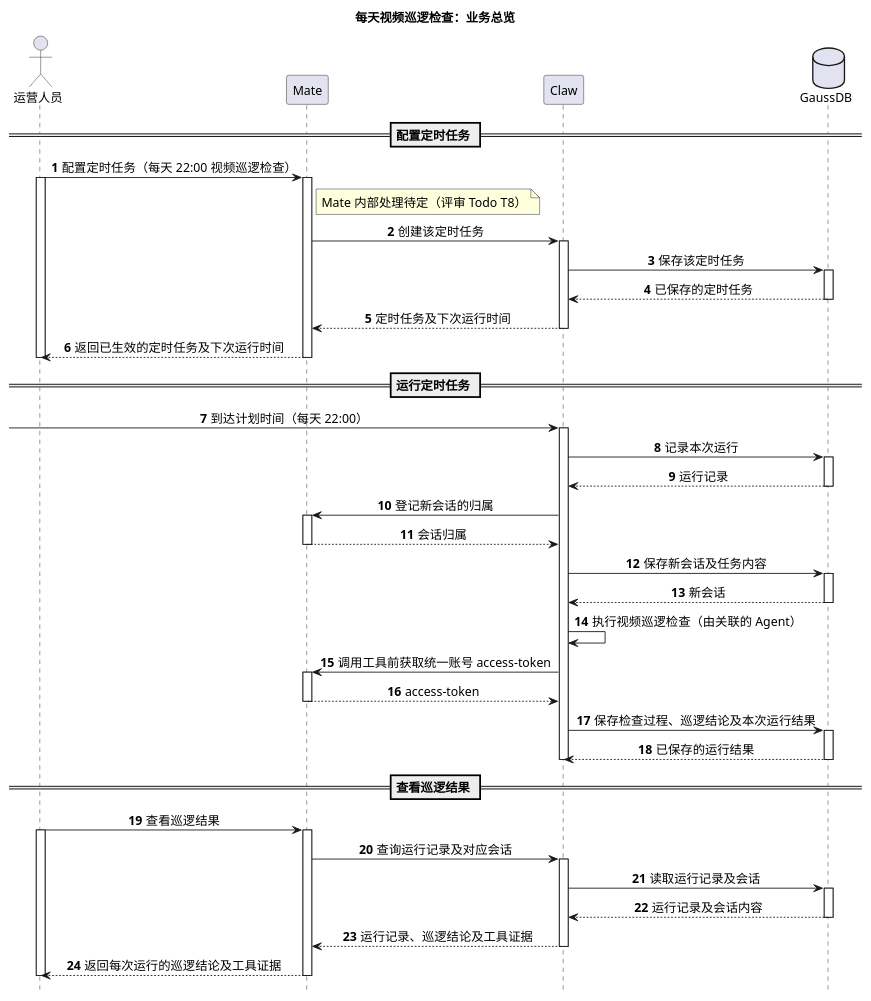
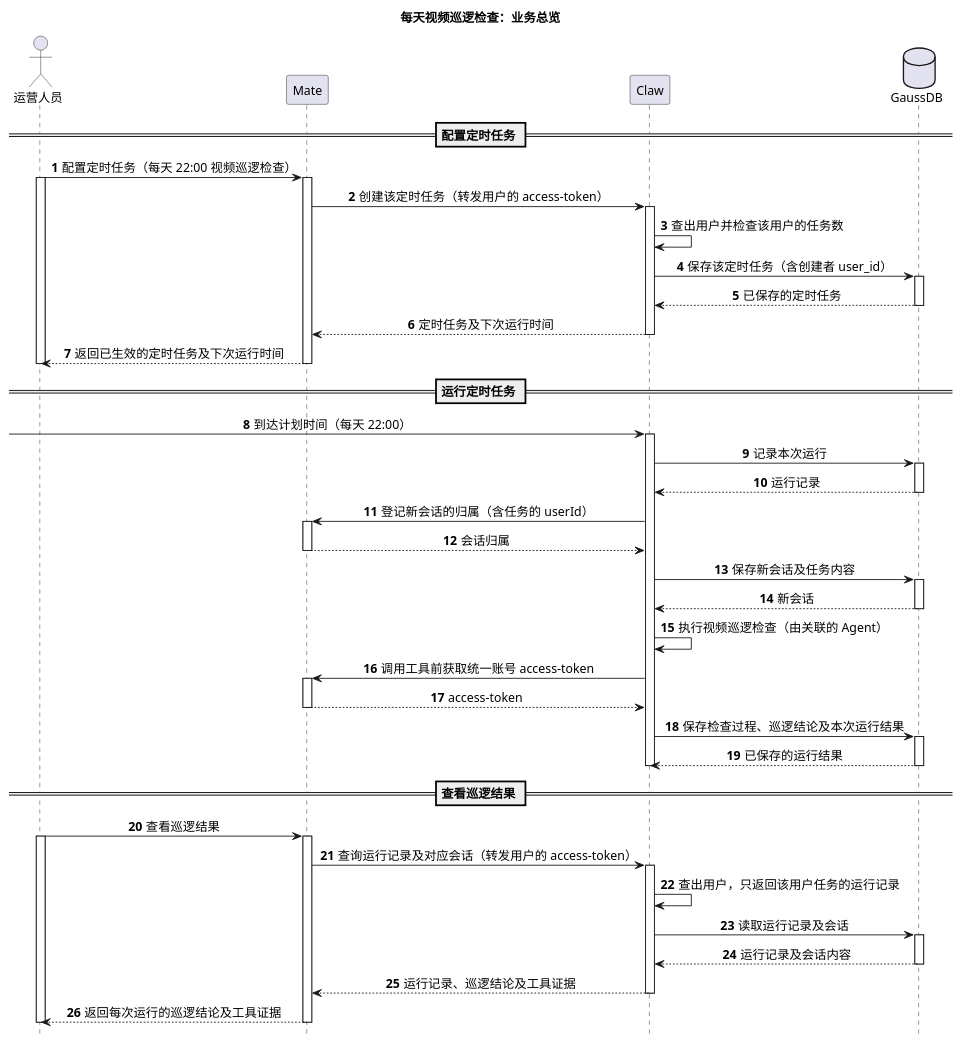
Before and after one commit to ssm0808/pi-mono-java-design: the sixth of 8 diagrams in 01-总体架构/08-CampusClaw定时任务/diagram.puml, drawn with PlantUML. The commit also changed other lines of this file and 32 other files, not shown here.

First line of the commit message:
定时任务：去掉 Mate t_schedule，任务归属只在 Claw user_id

```diff
--- a/01-总体架构/08-CampusClaw定时任务/diagram.puml
+++ b/01-总体架构/08-CampusClaw定时任务/diagram.puml
@@ -325,57 +327,58 @@
 @startuml scheduled_task_overview
 ' 目标：待实现；业务总览，从保存定时任务到查看一次运行结果。
 ' 基线：Claude Managed Agents scheduled deployments、deployments/run 和 deployment_runs，核对日期 2026-10-05，Beta。
 ' Java 基线：553dcd5e2ff682f9684810a043b442b37a02e54a，main，拉取日期 2026-10-05。
 ' 源码：modules/cron/src/main/java/com/campusclaw/cron/CronService.java createJob。
 ' 源码：modules/coding-agent-cli/src/main/java/com/campusclaw/codingagent/runtimeapi/persistence/RuntimeExecutionPersistenceService.java acceptMessage。
-' 映射：Mate 同时是运营人员的管理入口，以及配置授权、会话归属和统一账号 access-token 的提供方；Mate 内部处理待定。
+' 映射：Mate 同时是运营人员的管理入口（检查功能权限并转发用户的 access-token），以及会话归属和统一账号 access-token 的提供方；任务归属以 Claw 任务的 user_id 为准。
 ' 已确认：Claw 侧逻辑经评审人 2026-10-12 确认。
 ' 粒度：参与者统一为服务级。Claw = coding-agent 服务，含定时任务管理、到期分发、受理协调和既有 Session 运行时；GaussDB = 调度与 Session 存储。
 ' 粒度：Claw 内部组件之间的协作只在详细时序图中展开。
 ' 设计原因：在服务层面讲清一个业务故事；各阶段细节见详细时序图。
 ' 表示法：同步调用的发起方和接收方都画激活条并配返回，定时触发画为来自图外的发现消息。
 ' 表达方式：只画正常流程；失败与恢复规则见 README.md 第 5.2.1 节。
 title 每天视频巡逻检查：业务总览
 hide footbox
 skinparam backgroundColor white
 skinparam defaultFontSize 14
 skinparam sequenceMessageAlign center
 actor "运营人员" as Operator
 participant "Mate" as Mate
 participant "Claw" as Claw
 database "GaussDB" as Store
 autonumber
 == 配置定时任务 ==
 Operator -> Mate ++ : 配置定时任务（每天 22:00 视频巡逻检查）
 activate Operator
-note right of Mate : Mate 内部处理待定（评审 Todo T8）
-Mate -> Claw ++ : 创建该定时任务
-Claw -> Store ++ : 保存该定时任务
+Mate -> Claw ++ : 创建该定时任务（转发用户的 access-token）
+Claw -> Claw : 查出用户并检查该用户的任务数
+Claw -> Store ++ : 保存该定时任务（含创建者 user_id）
 return 已保存的定时任务
 return 定时任务及下次运行时间
 return 返回已生效的定时任务及下次运行时间
 deactivate Operator
 == 运行定时任务 ==
 [-> Claw ++ : 到达计划时间（每天 22:00）
 Claw -> Store ++ : 记录本次运行
 return 运行记录
-Claw -> Mate ++ : 登记新会话的归属
+Claw -> Mate ++ : 登记新会话的归属（含任务的 userId）
 return 会话归属
 Claw -> Store ++ : 保存新会话及任务内容
 return 新会话
 Claw -> Claw : 执行视频巡逻检查（由关联的 Agent）
 Claw -> Mate ++ : 调用工具前获取统一账号 access-token
 return access-token
 Claw -> Store ++ : 保存检查过程、巡逻结论及本次运行结果
 return 已保存的运行结果
 deactivate Claw
 == 查看巡逻结果 ==
 Operator -> Mate ++ : 查看巡逻结果
 activate Operator
-Mate -> Claw ++ : 查询运行记录及对应会话
+Mate -> Claw ++ : 查询运行记录及对应会话（转发用户的 access-token）
+Claw -> Claw : 查出用户，只返回该用户任务的运行记录
 Claw -> Store ++ : 读取运行记录及会话
 return 运行记录及会话内容
 return 运行记录、巡逻结论及工具证据
 return 返回每次运行的巡逻结论及工具证据
 deactivate Operator
 @enduml
```
